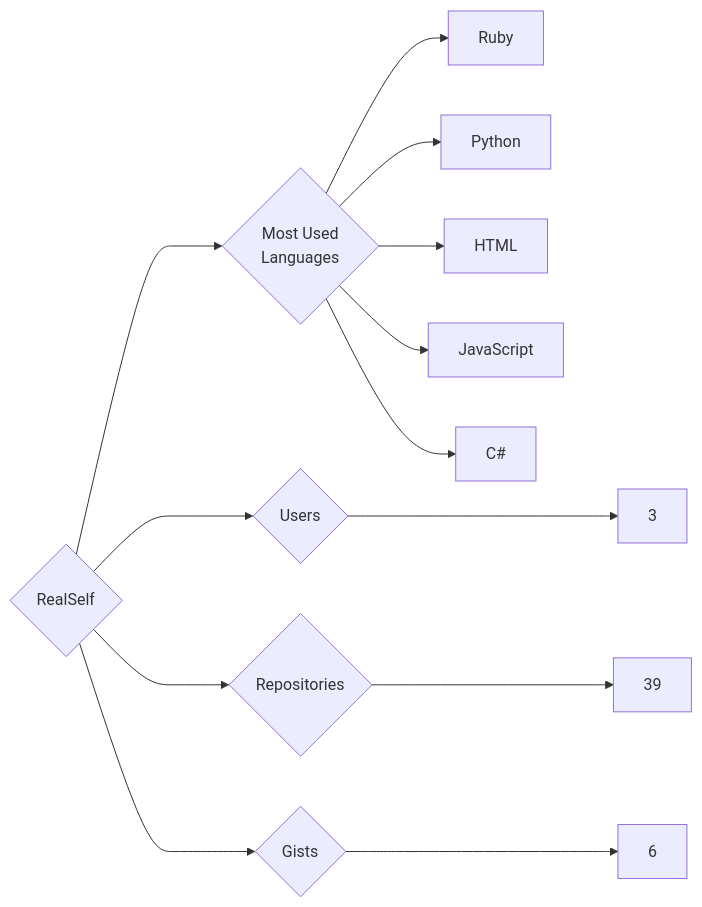
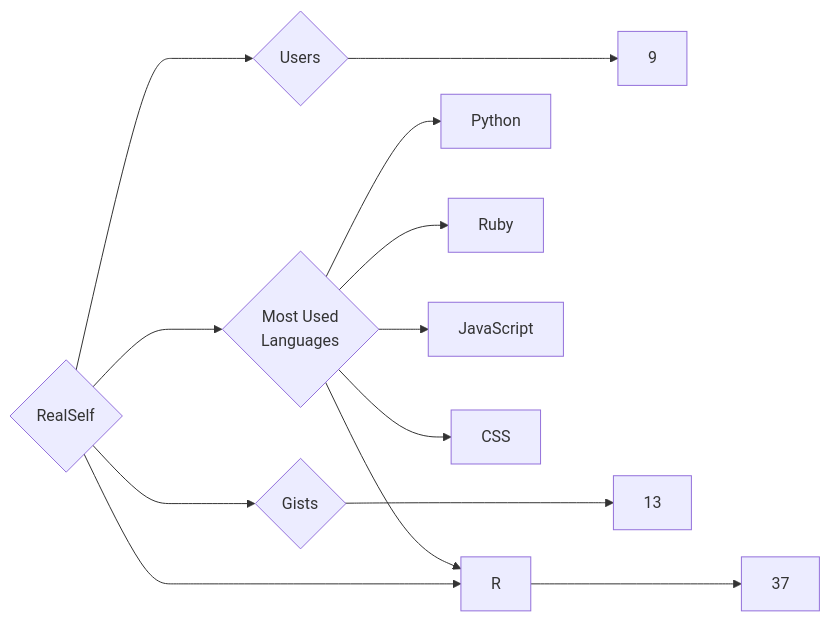
The diagram in targets/RealSelf/README.md (trickest/insiders), drawn with Mermaid before and after one commit. The commit also changed 878 other files, not shown here.

````diff
--- a/targets/RealSelf/README.md
+++ b/targets/RealSelf/README.md
@@ -3,13 +3,13 @@
 ```mermaid
 graph LR
 COMPANY_NAME{RealSelf}
-COMPANY_NAME ---> U{Users} ---> UN[3]
-COMPANY_NAME ---> R{Repositories} ---> RN[39]
-COMPANY_NAME ---> G{Gists} ---> GN[6]
+COMPANY_NAME ---> U{Users} ---> UN[9]
+COMPANY_NAME ---> R{Repositories} ---> RN[37]
+COMPANY_NAME ---> G{Gists} ---> GN[13]
 COMPANY_NAME ---> ML{Most Used<br>Languages}
+ML --> Python[Python]
 ML --> Ruby[Ruby]
-ML --> Python[Python]
-ML --> HTML[HTML]
 ML --> JavaScript[JavaScript]
-ML --> C#[C#]
+ML --> CSS[CSS]
+ML --> R[R]
 ```
````
